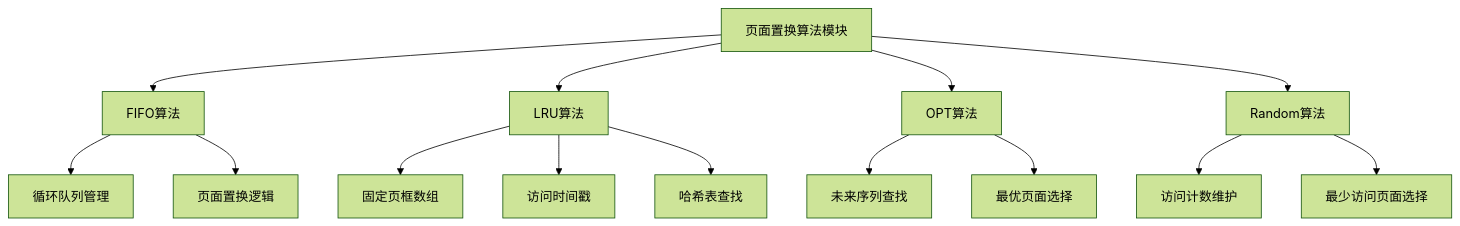
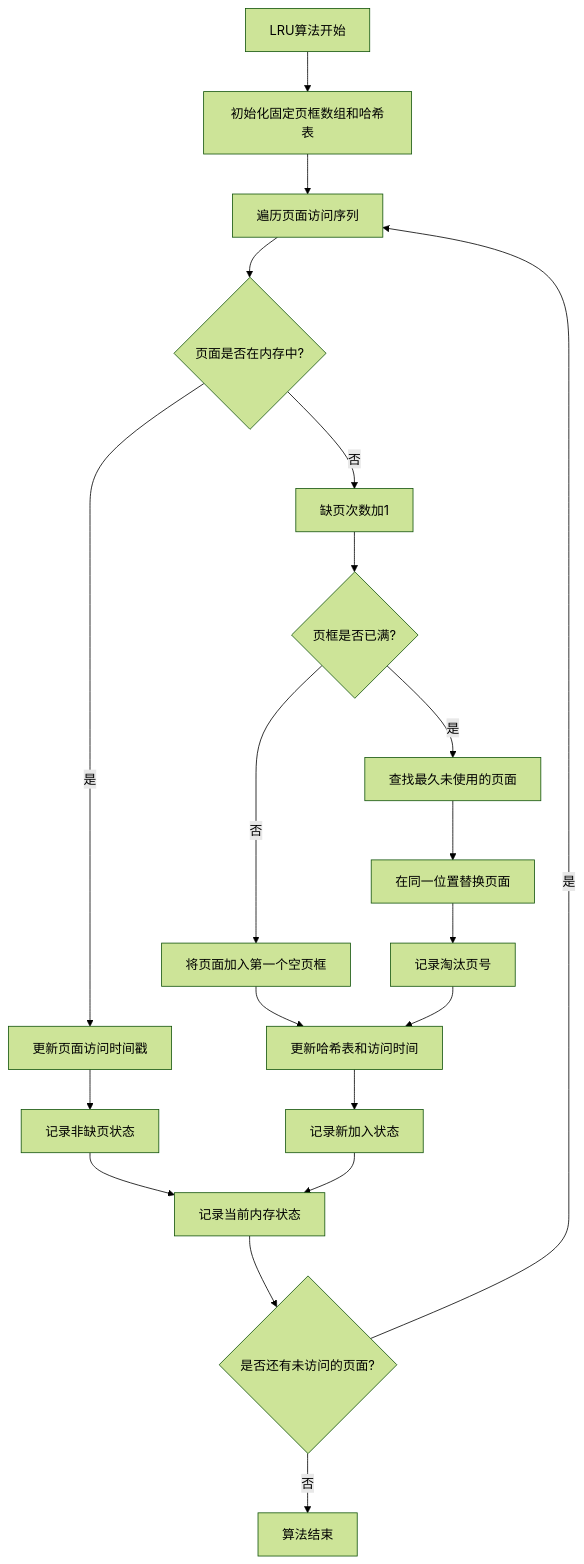
Before and after one commit to zhengky-paper-account/-CF-OF-: the diagram in README.md, drawn with Mermaid (forest theme).

````diff
--- a/README.md
+++ b/README.md
@@ -17,17 +17,22 @@
 ```mermaid
-flowchart TB
-    A[页面置换算法模块]
-    A --> B[FIFO算法]
-    A --> C[LRU算法]
-    A --> D[OPT算法]
-    A --> E[Random算法]
-    B --> B1[循环队列管理]
-    B --> B2[页面置换逻辑]
-    C --> C1[固定页框数组]
-    C --> C2[访问时间戳]
-    C --> C3[哈希表查找]
-    D --> D1[未来序列查找]
-    D --> D2[最优页面选择]
-    E --> E1[访问计数维护]
-    E --> E2[最少访问页面选择]
+flowchart TD
+    A[LRU算法开始] --> B[初始化固定页框数组和哈希表]
+    B --> C[遍历页面访问序列]
+    C --> D{页面是否在内存中?}
+    D -->|是| E[更新页面访问时间戳]
+    E --> F[记录非缺页状态]
+    D -->|否| G[缺页次数加1]
+    G --> H{页框是否已满?}
+    H -->|否| I[将页面加入第一个空页框]
+    H -->|是| J[查找最久未使用的页面]
+    J --> K[在同一位置替换页面]
+    K --> L[记录淘汰页号]
+    I --> M[更新哈希表和访问时间]
+    L --> M
+    M --> N[记录新加入状态]
+    F --> O[记录当前内存状态]
+    N --> O
+    O --> P{是否还有未访问的页面?}
+    P -->|是| C
+    P -->|否| Q[算法结束]
 ```
````
